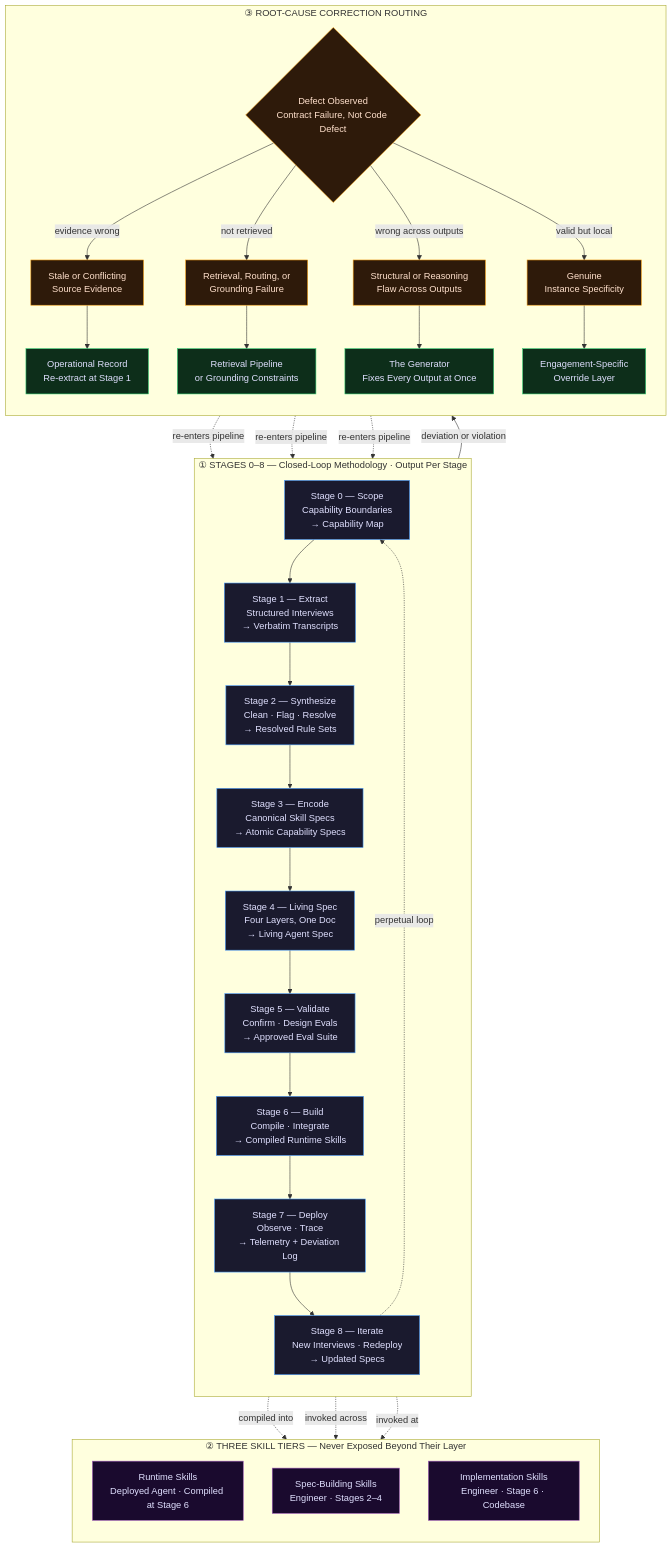
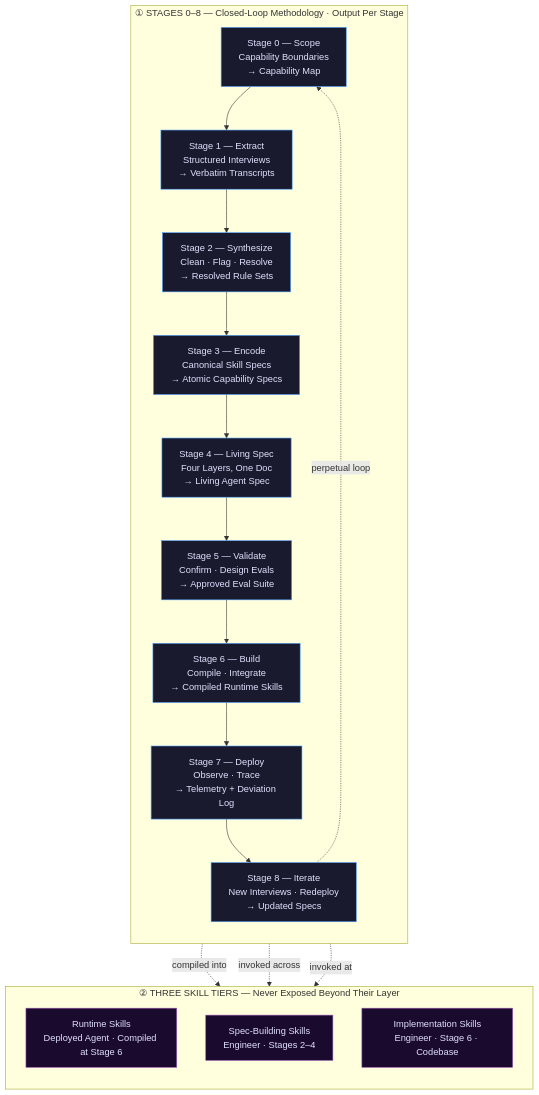
One commit to bryancalabro/bryancalabro changed the first of 11 diagrams in README.md. Above: the diagram before and after it, drawn with Mermaid. The commit also changed other lines of this file, not shown here.

Commit message:
removed root cause layer

````diff
--- a/README.md
+++ b/README.md
@@ -31,60 +31,34 @@
 ```mermaid
 flowchart TD
     subgraph LOOP["① STAGES 0–8 — Closed-Loop Methodology · Output Per Stage"]
         direction TB
         S0[Stage 0 — Scope\nCapability Boundaries\n→ Capability Map]
         S1[Stage 1 — Extract\nStructured Interviews\n→ Verbatim Transcripts]
         S2[Stage 2 — Synthesize\nClean · Flag · Resolve\n→ Resolved Rule Sets]
         S3[Stage 3 — Encode\nCanonical Skill Specs\n→ Atomic Capability Specs]
         S4[Stage 4 — Living Spec\nFour Layers, One Doc\n→ Living Agent Spec]
         S5[Stage 5 — Validate\nConfirm · Design Evals\n→ Approved Eval Suite]
         S6[Stage 6 — Build\nCompile · Integrate\n→ Compiled Runtime Skills]
         S7[Stage 7 — Deploy\nObserve · Trace\n→ Telemetry + Deviation Log]
         S8[Stage 8 — Iterate\nNew Interviews · Redeploy\n→ Updated Specs]
         S0 --> S1 --> S2 --> S3 --> S4 --> S5 --> S6 --> S7 --> S8
         S8 -.->|perpetual loop| S0
     end
 
     subgraph TIERS["② THREE SKILL TIERS — Never Exposed Beyond Their Layer"]
         direction TB
         RT[Runtime Skills\nDeployed Agent · Compiled at Stage 6]
         SB[Spec-Building Skills\nEngineer · Stages 2–4]
         IM[Implementation Skills\nEngineer · Stage 6 · Codebase]
     end
 
     S3 -.->|compiled into| RT
     S2 -.->|invoked across| SB
     S6 -.->|invoked at| IM
 
-    subgraph ROUTE["③ ROOT-CAUSE CORRECTION ROUTING"]
-        direction TB
-        DEF{Defect Observed\nContract Failure, Not Code Defect}
-        SRC[Stale or Conflicting\nSource Evidence]
-        RET[Retrieval, Routing, or\nGrounding Failure]
-        GEN[Structural or Reasoning\nFlaw Across Outputs]
-        INST[Genuine\nInstance Specificity]
-        TGT1[Operational Record\nRe-extract at Stage 1]
-        TGT2[Retrieval Pipeline\nor Grounding Constraints]
-        TGT3[The Generator\nFixes Every Output at Once]
-        TGT4[Engagement-Specific\nOverride Layer]
-        DEF -->|evidence wrong| SRC --> TGT1
-        DEF -->|not retrieved| RET --> TGT2
-        DEF -->|wrong across outputs| GEN --> TGT3
-        DEF -->|valid but local| INST --> TGT4
-    end
-
-    S7 -->|deviation or violation| DEF
-    TGT1 -.->|re-enters pipeline| S1
-    TGT2 -.->|re-enters pipeline| S3
-    TGT3 -.->|re-enters pipeline| S4
-
     classDef loopStyle fill:#1a1a2e,stroke:#4a9eff,color:#e0e0ff
     classDef tierStyle fill:#1a0a2e,stroke:#9b59b6,color:#e0e0ff
-    classDef routeStyle fill:#2e1a0a,stroke:#f39c12,color:#ffe0cc
-    classDef targetStyle fill:#0d2e1a,stroke:#2ecc71,color:#e0e0ff
 
     class S0,S1,S2,S3,S4,S5,S6,S7,S8 loopStyle
     class RT,SB,IM tierStyle
-    class DEF,SRC,RET,GEN,INST routeStyle
-    class TGT1,TGT2,TGT3,TGT4 targetStyle
 ```
````
